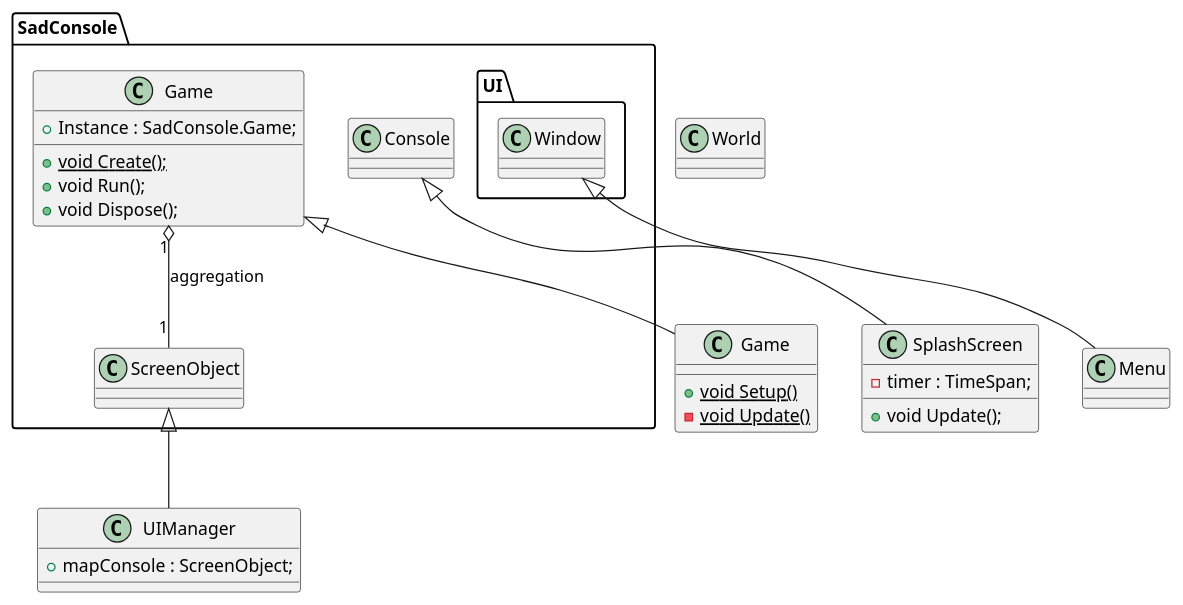
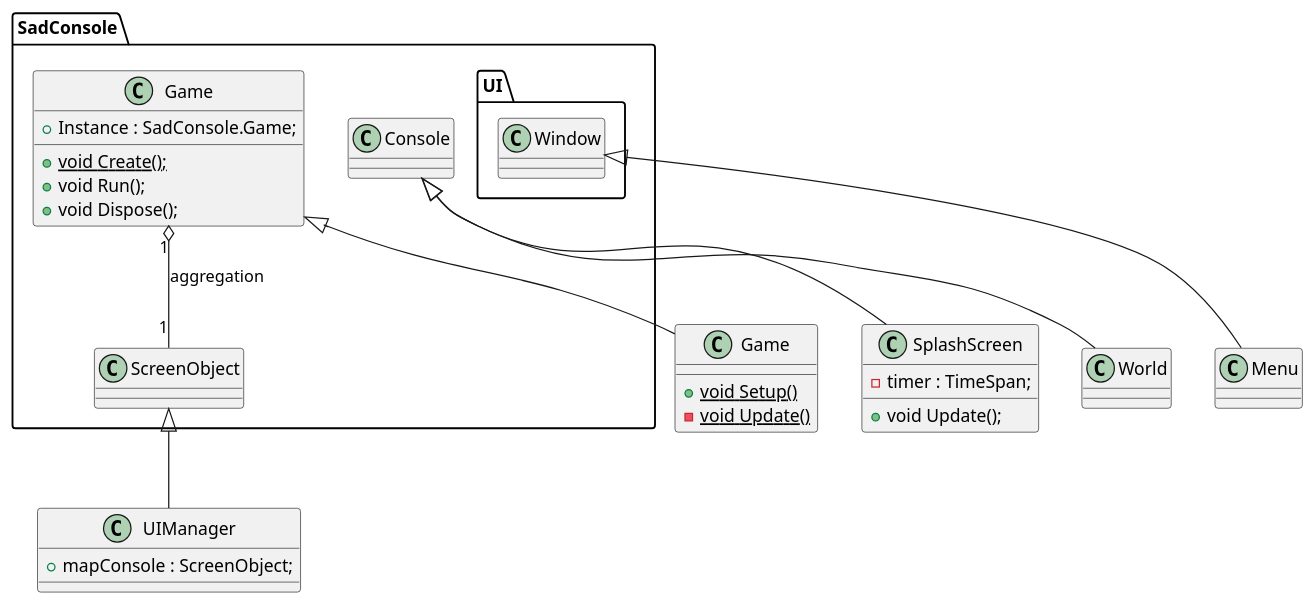
One commit to KasperK87/project changed the diagram in doc/UML.wsd. Above: the diagram before and after it, drawn with PlantUML. The commit also changed 3 other files, not shown here.

```diff
--- a/doc/UML.wsd
+++ b/doc/UML.wsd
@@ -4,54 +4,55 @@
 @startuml test
 
 Class SadConsole.Game{
     + Instance : SadConsole.Game;
 
     + {static} void Create();
     + void Run();
     + void Dispose();
 }
 
 Class SadConsole.ScreenObject{
 
 }
 
 Class SadConsole.UI.Window{
 
 }
 
 Class SadConsole.Console
 
 Class UIManager{
     + mapConsole : ScreenObject;
 }
 
 Class SplashScreen{
     - timer : TimeSpan;
 
     + void Update();
 }
 
 Class World{
     
 }
 
 Class Menu{
 
 }
 
 Class Game{
     + {static} void Setup()
     - {static} void Update()
 }
 
 SadConsole.Game "1" o-- "1" SadConsole.ScreenObject : aggregation
 'Game "0-1" o-- "1" SplashScreen
 'Game "1" o-- "1" Menu
 
 SadConsole.Game <|-- Game
 SadConsole.ScreenObject <|-- UIManager
 SadConsole.Console <|-- SplashScreen
+SadConsole.Console <|-- World
 SadConsole.UI.Window <|-- Menu
 
 
 @enduml
```
